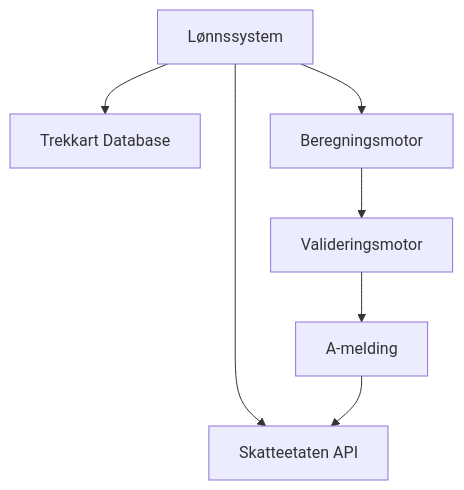
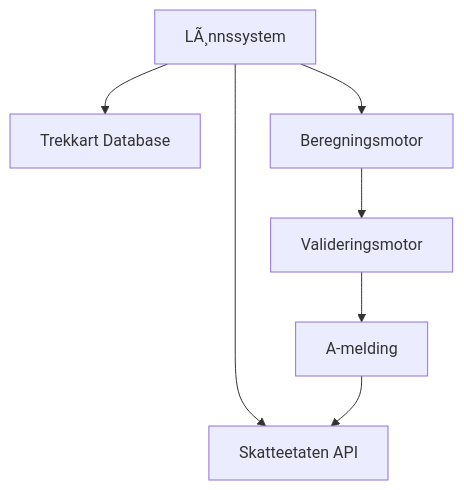
One commit to beint-no/reai-hugo changed the diagram in content/blogs/regnskap/hva-er-tabelltrekk/index.md. Above: the diagram before and after it, drawn with Mermaid. The commit also changed other lines of this file and 961 other files, not shown here.

````diff
--- a/content/blogs/regnskap/hva-er-tabelltrekk/index.md
+++ b/content/blogs/regnskap/hva-er-tabelltrekk/index.md
@@ -474,9 +472,9 @@
 ```mermaid
 graph TD
-    A[Lønnssystem] --> B[Skatteetaten API]
+    A[LÃ¸nnssystem] --> B[Skatteetaten API]
     A --> C[Trekkart Database]
     A --> D[Beregningsmotor]
     D --> E[Valideringsmotor]
     E --> F[A-melding]
     F --> B
 ```
````
